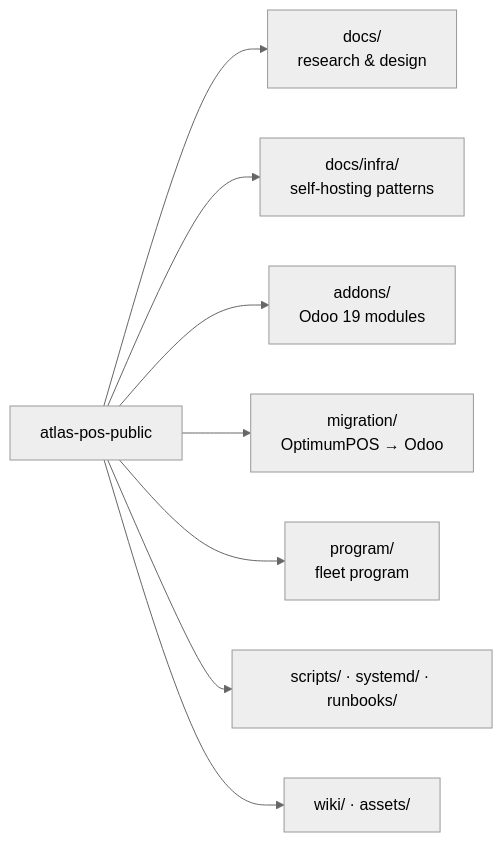
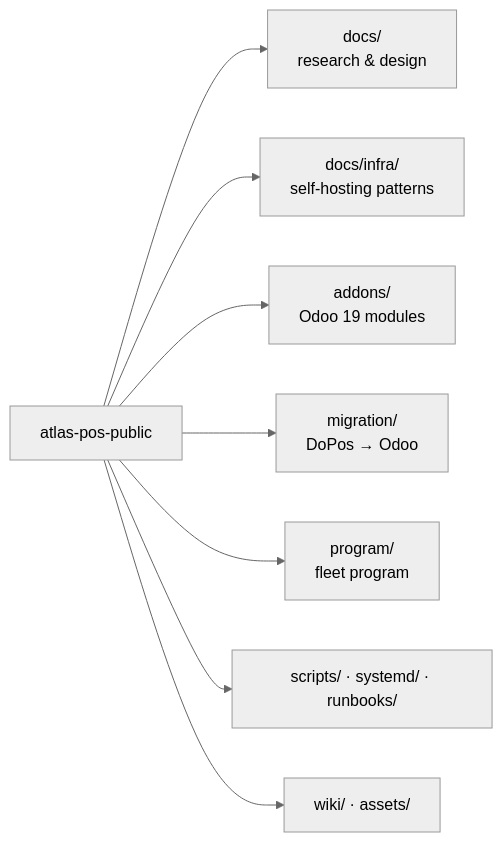
Before and after one commit to atlasshb/atlas-pos-public: the first of 2 diagrams in README.md, drawn with Mermaid (neutral theme). The commit also changed other lines of this file and 60 other files, not shown here.

````diff
--- a/README.md
+++ b/README.md
@@ -42,10 +43,10 @@
 ```mermaid
 graph LR
     R[atlas-pos-public] --> D[docs/<br/>research & design]
     R --> I[docs/infra/<br/>self-hosting patterns]
     R --> A[addons/<br/>Odoo 19 modules]
-    R --> M[migration/<br/>OptimumPOS → Odoo]
+    R --> M[migration/<br/>DoPos → Odoo]
     R --> P[program/<br/>fleet program]
     R --> S[scripts/ · systemd/ · runbooks/]
     R --> W[wiki/ · assets/]
 ```
````
